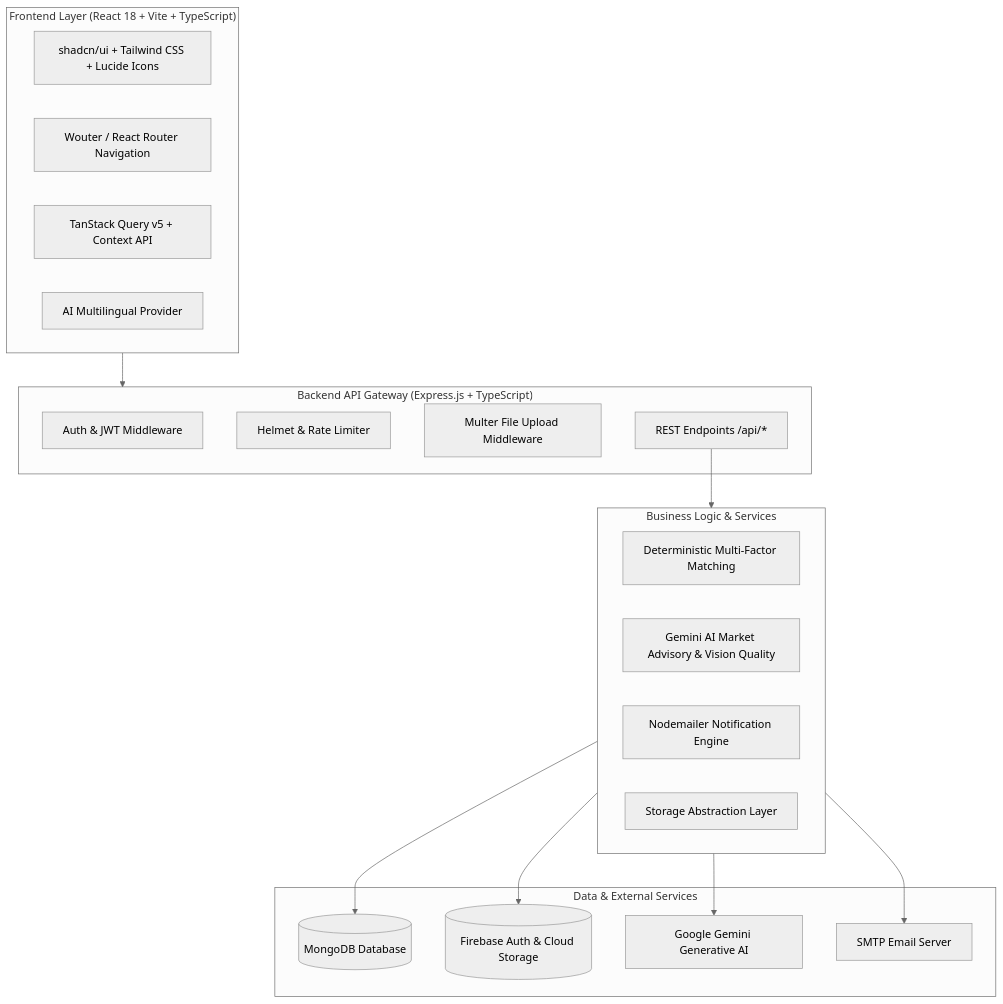
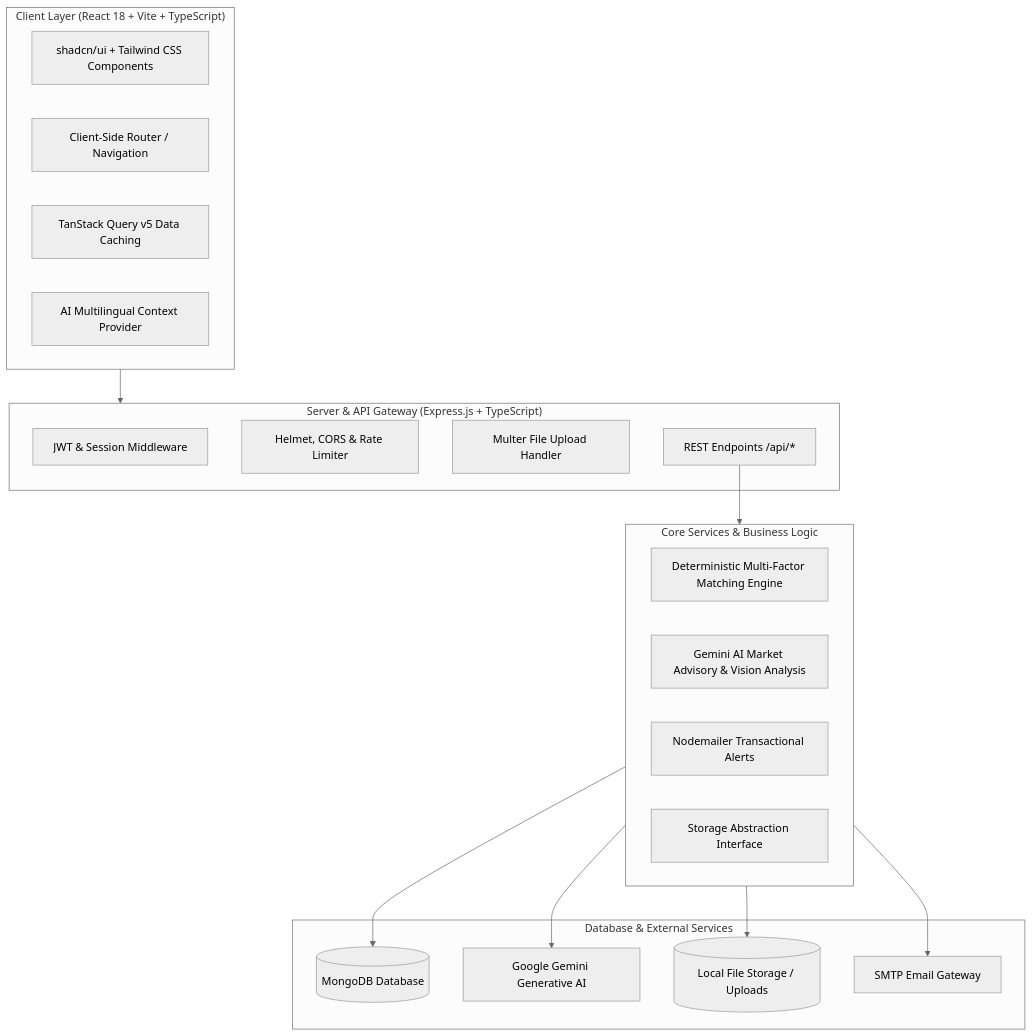
The second of 2 diagrams in README.md (Manikantasai1724/AgriLink), drawn with Mermaid (neutral theme) before and after one commit. The commit also changed other lines of this file and 12 other files, not shown here.

````diff
--- a/README.md
+++ b/README.md
@@ -149,37 +148,37 @@
 ```mermaid
 graph TD
-    subgraph Client ["Frontend Layer (React 18 + Vite + TypeScript)"]
-        UI[shadcn/ui + Tailwind CSS + Lucide Icons]
-        Router[Wouter / React Router Navigation]
-        State[TanStack Query v5 + Context API]
-        Lang[AI Multilingual Provider]
+    subgraph Frontend ["Client Layer (React 18 + Vite + TypeScript)"]
+        UI[shadcn/ui + Tailwind CSS Components]
+        Router[Client-Side Router / Navigation]
+        Query[TanStack Query v5 Data Caching]
+        Lang[AI Multilingual Context Provider]
     end
 
-    subgraph API ["Backend API Gateway (Express.js + TypeScript)"]
-        AuthMid[Auth & JWT Middleware]
-        RateLimit[Helmet & Rate Limiter]
-        UploadMid[Multer File Upload Middleware]
-        APIRoutes[REST Endpoints /api/*]
+    subgraph Server ["Server & API Gateway (Express.js + TypeScript)"]
+        Auth[JWT & Session Middleware]
+        Security[Helmet, CORS & Rate Limiter]
+        Uploads[Multer File Upload Handler]
+        Endpoints[REST Endpoints /api/*]
     end
 
-    subgraph Logic ["Business Logic & Services"]
-        MatchEngine[Deterministic Multi-Factor Matching]
-        AIService[Gemini AI Market Advisory & Vision Quality]
-        EmailService[Nodemailer Notification Engine]
-        StorageService[Storage Abstraction Layer]
+    subgraph CoreServices ["Core Services & Business Logic"]
+        Matching[Deterministic Multi-Factor Matching Engine]
+        AIService[Gemini AI Market Advisory & Vision Analysis]
+        EmailService[Nodemailer Transactional Alerts]
+        StorageLayer[Storage Abstraction Interface]
     end
 
-    subgraph Data ["Data & External Services"]
+    subgraph DataStore ["Database & External Services"]
         MongoDB[(MongoDB Database)]
-        Firebase[(Firebase Auth & Cloud Storage)]
-        GoogleAI[Google Gemini Generative AI]
-        SMTP[SMTP Email Server]
+        GeminiAPI[Google Gemini Generative AI]
+        LocalStorage[(Local File Storage / Uploads)]
+        SMTP[SMTP Email Gateway]
     end
 
-    Client --> API
-    APIRoutes --> Logic
-    Logic --> MongoDB
-    Logic --> Firebase
-    Logic --> GoogleAI
-    Logic --> SMTP
+    Frontend --> Server
+    Endpoints --> CoreServices
+    CoreServices --> MongoDB
+    CoreServices --> GeminiAPI
+    CoreServices --> LocalStorage
+    CoreServices --> SMTP
 ```
````
